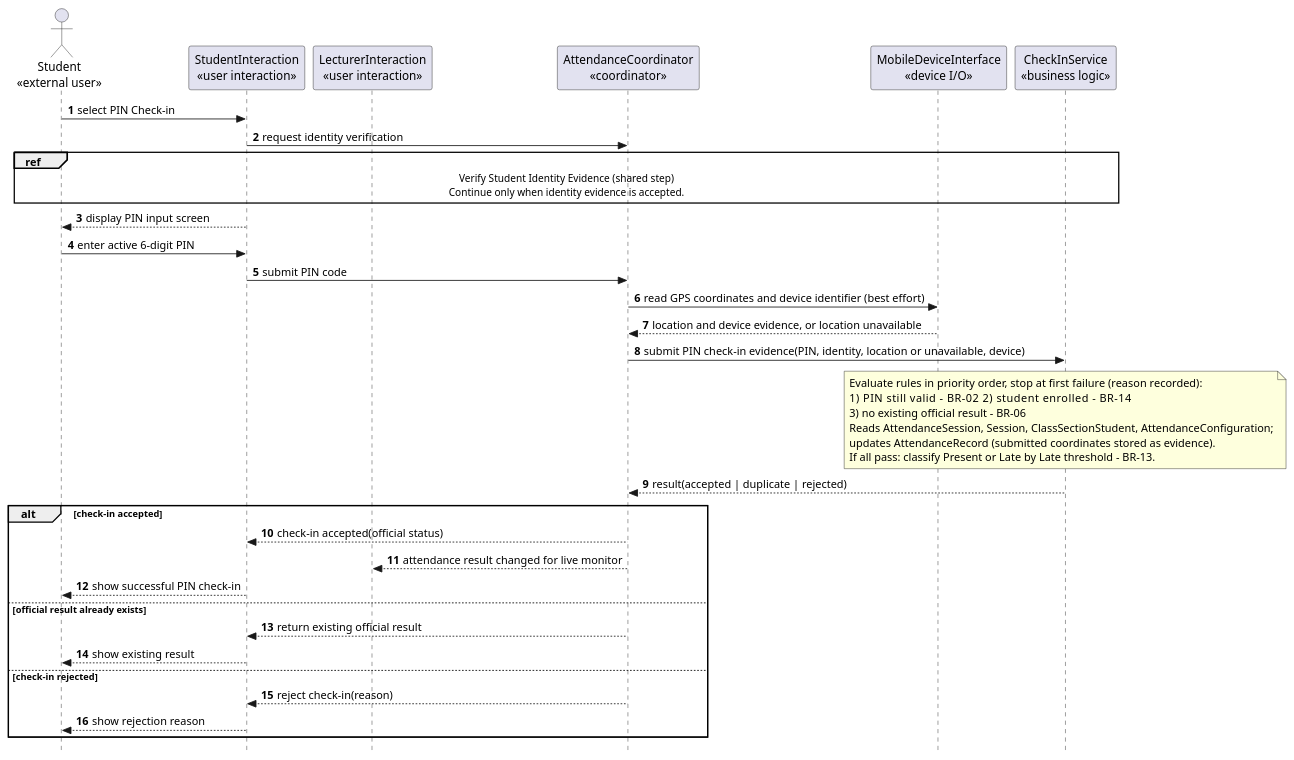
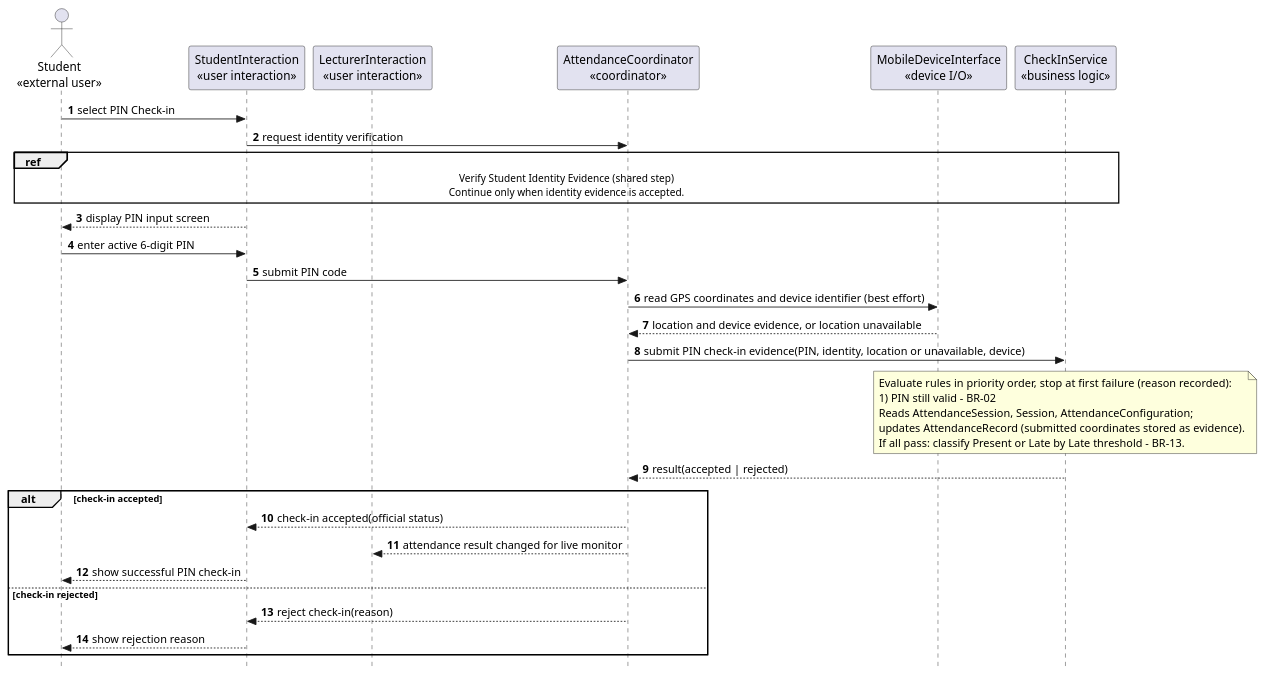
The third of 4 diagrams in docs/rds/2_Sequence_Diagram.md (nttung42/SWD392), drawn with PlantUML before and after one commit. The commit also changed other lines of this file and 3 other files, not shown here.

````diff
--- a/docs/rds/2_Sequence_Diagram.md
+++ b/docs/rds/2_Sequence_Diagram.md
@@ -126,49 +115,45 @@
 ```plantuml
 @startuml
 skinparam style strictuml
 autonumber
 actor "Student\n«external user»" as Student
 participant "StudentInteraction\n«user interaction»" as StudentUI
 participant "LecturerInteraction\n«user interaction»" as LecturerUI
 participant "AttendanceCoordinator\n«coordinator»" as CheckInControl
 participant "MobileDeviceInterface\n«device I/O»" as MobileSensor
 participant "CheckInService\n«business logic»" as AttendanceRules
 
 Student -> StudentUI : select PIN Check-in
 StudentUI -> CheckInControl : request identity verification
 ref over Student, StudentUI, CheckInControl, MobileSensor, AttendanceRules
   Verify Student Identity Evidence (shared step)
   Continue only when identity evidence is accepted.
 end ref
 
 StudentUI --> Student : display PIN input screen
 Student -> StudentUI : enter active 6-digit PIN
 StudentUI -> CheckInControl : submit PIN code
 CheckInControl -> MobileSensor : read GPS coordinates and device identifier (best effort)
 MobileSensor --> CheckInControl : location and device evidence, or location unavailable
 CheckInControl -> AttendanceRules : submit PIN check-in evidence(PIN, identity, location or unavailable, device)
 
 note over AttendanceRules
   Evaluate rules in priority order, stop at first failure (reason recorded):
-  1) PIN still valid - BR-02          2) student enrolled - BR-14
-  3) no existing official result - BR-06
-  Reads AttendanceSession, Session, ClassSectionStudent, AttendanceConfiguration;
+  1) PIN still valid - BR-02
+  Reads AttendanceSession, Session, AttendanceConfiguration;
   updates AttendanceRecord (submitted coordinates stored as evidence).
   If all pass: classify Present or Late by Late threshold - BR-13.
 end note
 
-AttendanceRules --> CheckInControl : result(accepted | duplicate | rejected)
+AttendanceRules --> CheckInControl : result(accepted | rejected)
 
 alt check-in accepted
   CheckInControl --> StudentUI : check-in accepted(official status)
   CheckInControl --> LecturerUI : attendance result changed for live monitor
   StudentUI --> Student : show successful PIN check-in
-else official result already exists
-  CheckInControl --> StudentUI : return existing official result
-  StudentUI --> Student : show existing result
 else check-in rejected
   CheckInControl --> StudentUI : reject check-in(reason)
   StudentUI --> Student : show rejection reason
 end
 @enduml
 ```
````
